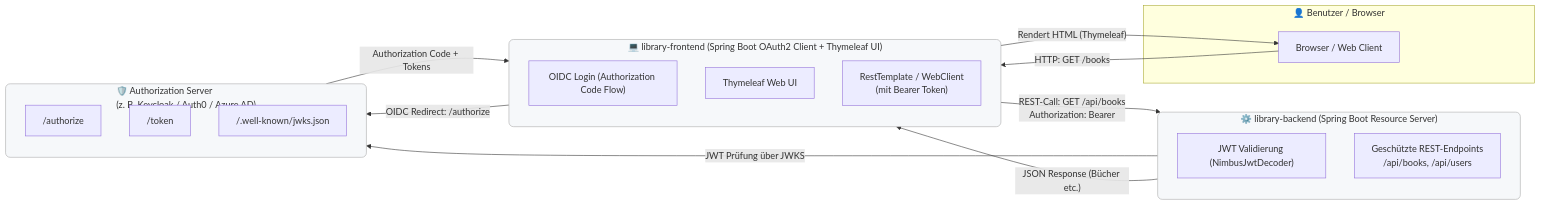
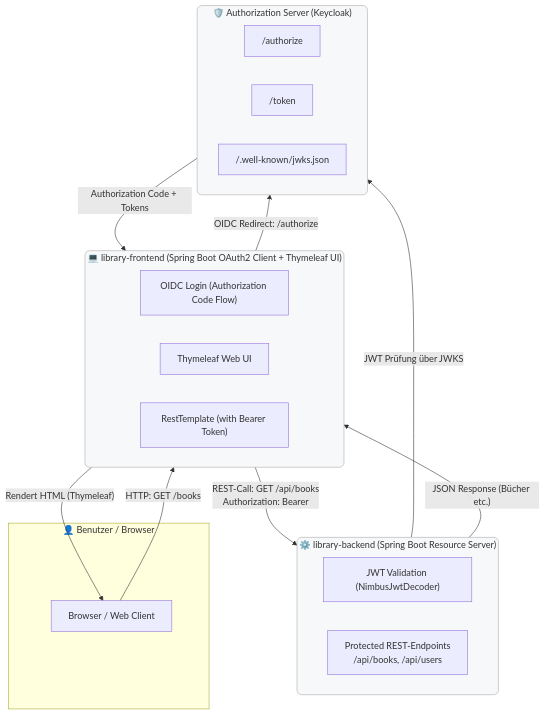
The second of 2 diagrams in README.md (kergru/library-mvc), drawn with Mermaid before and after one commit. The commit also changed other lines of this file, not shown here.

````diff
--- a/README.md
+++ b/README.md
@@ -86,38 +86,38 @@
 ```mermaid
-flowchart LR
+flowchart TB
     %% ===== MODULES =====
     subgraph FRONTEND["💻 library-frontend (Spring Boot OAuth2 Client + Thymeleaf UI)"]
         FE1["OIDC Login (Authorization Code Flow)"]
         FE2["Thymeleaf Web UI"]
-        FE3["RestTemplate / WebClient\n(mit Bearer Token)"]
+        FE3["RestTemplate (with Bearer Token)"]
     end
 
     subgraph BACKEND["⚙️ library-backend (Spring Boot Resource Server)"]
-        BE1["JWT Validierung (NimbusJwtDecoder)"]
-        BE2["Geschützte REST-Endpoints\n/api/books, /api/users"]
+        BE1["JWT Validation (NimbusJwtDecoder)"]
+        BE2["Protected REST-Endpoints\n/api/books, /api/users"]
     end
 
-    subgraph AUTH["🛡️ Authorization Server\n(z. B. Keycloak / Auth0 / Azure AD)"]
+    subgraph AUTH["🛡️ Authorization Server (Keycloak)"]
         AS1["/authorize"]
         AS2["/token"]
         AS3["/.well-known/jwks.json"]
     end
 
     subgraph USER["👤 Benutzer / Browser"]
         U1["Browser / Web Client"]
     end
 
     %% ===== CONNECTIONS =====
     U1 -->|"HTTP: GET /books"| FRONTEND
     FRONTEND -->|"OIDC Redirect: /authorize"| AUTH
     AUTH -->|"Authorization Code + Tokens"| FRONTEND
     FRONTEND -->|"REST-Call: GET /api/books\nAuthorization: Bearer <token>"| BACKEND
     BACKEND -->|"JWT Prüfung über JWKS"| AUTH
     BACKEND -->|"JSON Response (Bücher etc.)"| FRONTEND
     FRONTEND -->|"Rendert HTML (Thymeleaf)"| U1
 
     %% ===== STYLES =====
     classDef comp fill:#f6f8fa,stroke:#aaa,stroke-width:1px,rx:8px,ry:8px;
     class FRONTEND,BACKEND,AUTH comp;
 
 ```
````
